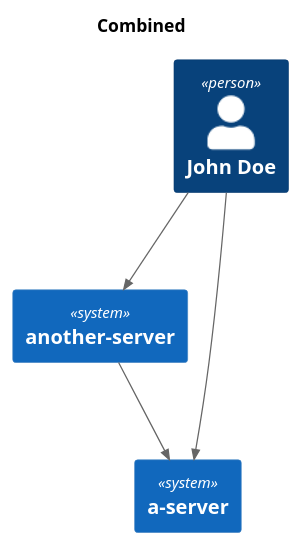
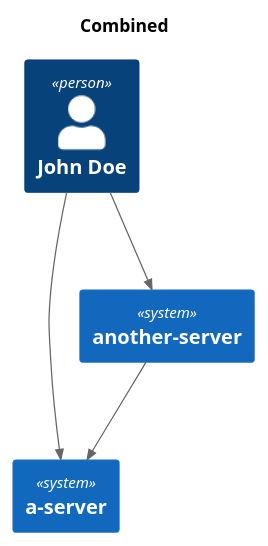
The diagram in sequence-diagrams/.generated/diagrams/Combined - Interactions.puml (http4k/http4k-diagram-examples), drawn with PlantUML before and after one commit. The commit also changed 22 other files, not shown here.

```diff
--- a/sequence-diagrams/.generated/diagrams/Combined - Interactions.puml
+++ b/sequence-diagrams/.generated/diagrams/Combined - Interactions.puml
@@ -1,13 +1,13 @@
 @startuml
 title Combined
 
 !include https://raw.githubusercontent.com/plantuml-stdlib/C4-PlantUML/master/C4_Container.puml
 
 
 Person(JohnDoe, "John Doe")
-System(anotherserver, "another-server")
-System(aserver, "a-server")    
+System(aserver, "a-server")
+System(anotherserver, "another-server")    
+Rel_D(JohnDoe, aserver, " ") 
 Rel_D(JohnDoe, anotherserver, " ") 
-Rel_D(anotherserver, aserver, " ") 
-Rel_D(JohnDoe, aserver, " ")     
+Rel_D(anotherserver, aserver, " ")     
 @enduml
```
